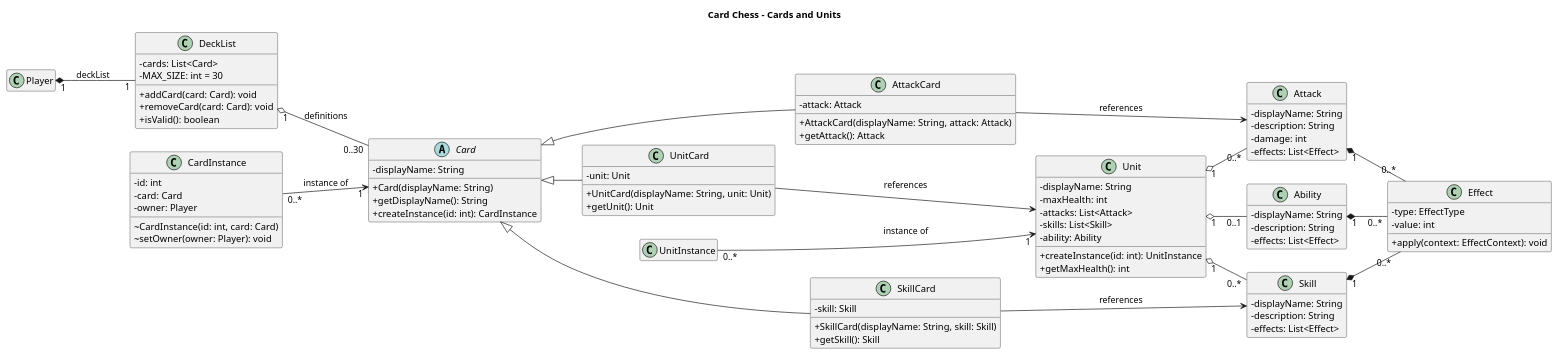
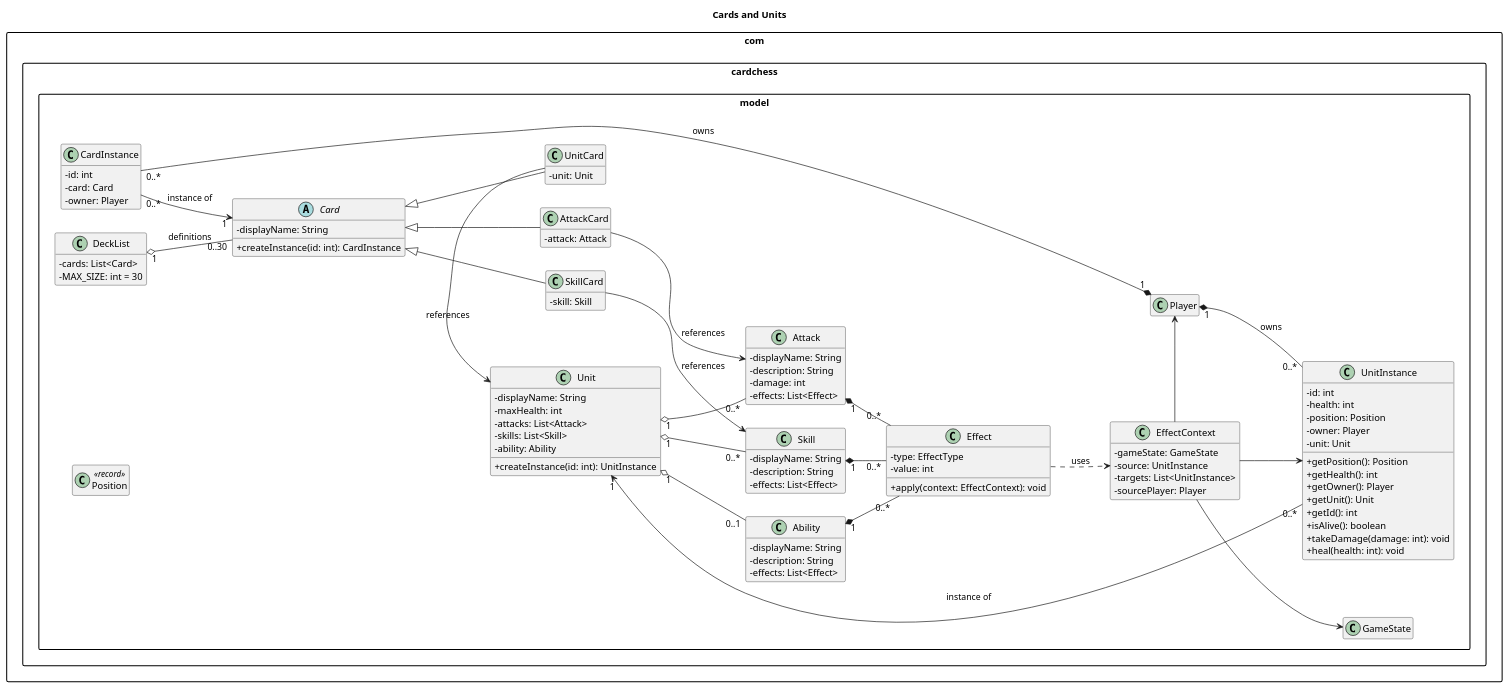
One commit to its-me-jon/cardChess changed the diagram in demo/docs/CardsAndUnits.puml. Above: the diagram before and after it, drawn with PlantUML. The commit also changed 4 other files, not shown here.

Commit message:
Update/Reformat UML

```diff
--- a/demo/docs/CardsAndUnits.puml
+++ b/demo/docs/CardsAndUnits.puml
@@ -1,107 +1,152 @@
 @startuml
-title Card Chess - Cards and Units
+title Cards and Units
+
+left to right direction
 
 skinparam classAttributeIconSize 0
+skinparam packageStyle rectangle
 hide empty members
-left to right direction
 
-class DeckList {
-    - cards: List<Card>
-    - MAX_SIZE: int = 30
-    + addCard(card: Card): void
-    + removeCard(card: Card): void
-    + isValid(): boolean
+package "com.cardchess.model" {
+
+  ' Cards and Decks
+
+  together {
+    class DeckList {
+      - cards: List<Card>
+      - MAX_SIZE: int = 30
+    }
+
+    abstract class Card {
+      - displayName: String
+      + createInstance(id: int): CardInstance
+    }
+
+    class CardInstance {
+      - id: int
+      - card: Card
+      - owner: Player
+    }
+
+    class UnitCard {
+      - unit: Unit
+    }
+
+    class AttackCard {
+      - attack: Attack
+    }
+
+    class SkillCard {
+      - skill: Skill
+    }
+  }
+
+  ' Units and Effects
+
+  together {
+    class Unit {
+      - displayName: String
+      - maxHealth: int
+      - attacks: List<Attack>
+      - skills: List<Skill>
+      - ability: Ability
+      + createInstance(id: int): UnitInstance
+    }
+
+    class UnitInstance {
+      - id: int
+      - health: int
+      - position: Position
+      - owner: Player
+      - unit: Unit
+      + getPosition(): Position
+      + getHealth(): int
+      + getOwner(): Player
+      + getUnit(): Unit
+      + getId(): int
+      + isAlive(): boolean
+      + takeDamage(damage: int): void
+      + heal(health: int): void
+    }
+
+    class Attack {
+      - displayName: String
+      - description: String
+      - damage: int
+      - effects: List<Effect>
+    }
+
+    class Skill {
+      - displayName: String
+      - description: String
+      - effects: List<Effect>
+    }
+
+    class Ability {
+      - displayName: String
+      - description: String
+      - effects: List<Effect>
+    }
+
+    class Effect {
+      - type: EffectType
+      - value: int
+      + apply(context: EffectContext): void
+    }
+
+    class EffectContext {
+      - gameState: GameState
+      - source: UnitInstance
+      - targets: List<UnitInstance>
+      - sourcePlayer: Player
+    }
+  }
+
+  ' Supporting Types
+
+  class Player
+  class GameState
+  class Position <<record>>
 }
 
-abstract class Card {
-    - displayName: String
-    + Card(displayName: String)
-    + getDisplayName(): String
-    + createInstance(id: int): CardInstance
-}
-
-class CardInstance {
-    - id: int
-    - card: Card
-    - owner: Player
-    ~ CardInstance(id: int, card: Card)
-    ~ setOwner(owner: Player): void
-}
-
-class UnitCard {
-    - unit: Unit
-    + UnitCard(displayName: String, unit: Unit)
-    + getUnit(): Unit
-}
-
-class AttackCard {
-    - attack: Attack
-    + AttackCard(displayName: String, attack: Attack)
-    + getAttack(): Attack
-}
-
-class SkillCard {
-    - skill: Skill
-    + SkillCard(displayName: String, skill: Skill)
-    + getSkill(): Skill
-}
-
-class Unit {
-    - displayName: String
-    - maxHealth: int
-    - attacks: List<Attack>
-    - skills: List<Skill>
-    - ability: Ability
-    + createInstance(id: int): UnitInstance
-    + getMaxHealth(): int
-}
-
-class Attack {
-    - displayName: String
-    - description: String
-    - damage: int
-    - effects: List<Effect>
-}
-
-class Skill {
-    - displayName: String
-    - description: String
-    - effects: List<Effect>
-}
-
-class Ability {
-    - displayName: String
-    - description: String
-    - effects: List<Effect>
-}
-
-class Effect {
-    - type: EffectType
-    - value: int
-    + apply(context: EffectContext): void
-}
-
-Player "1" *-- "1" DeckList : deckList
-DeckList "1" o-- "0..30" Card : definitions
+' Model Inheritance
 
 Card <|-- UnitCard
 Card <|-- AttackCard
 Card <|-- SkillCard
+
+' Model Relationships
+
+' Cards and Decks
+
+DeckList "1" o-- "0..30" Card : definitions
+
+Player "1" *-- "0..*" CardInstance : owns
 
 CardInstance "0..*" --> "1" Card : instance of
 
 UnitCard --> Unit : references
 AttackCard --> Attack : references
 SkillCard --> Skill : references
+
+' Units and Effects
+
+Player "1" *-- "0..*" UnitInstance : owns
+
+UnitInstance "0..*" --> "1" Unit : instance of
 
 Unit "1" o-- "0..*" Attack
 Unit "1" o-- "0..*" Skill
 Unit "1" o-- "0..1" Ability
 
 Attack "1" *-- "0..*" Effect
 Skill "1" *-- "0..*" Effect
 Ability "1" *-- "0..*" Effect
 
-UnitInstance "0..*" --> "1" Unit : instance of
+Effect ..> EffectContext : uses
+
+EffectContext --> GameState
+EffectContext --> UnitInstance
+EffectContext --> Player
 
 @enduml
```
